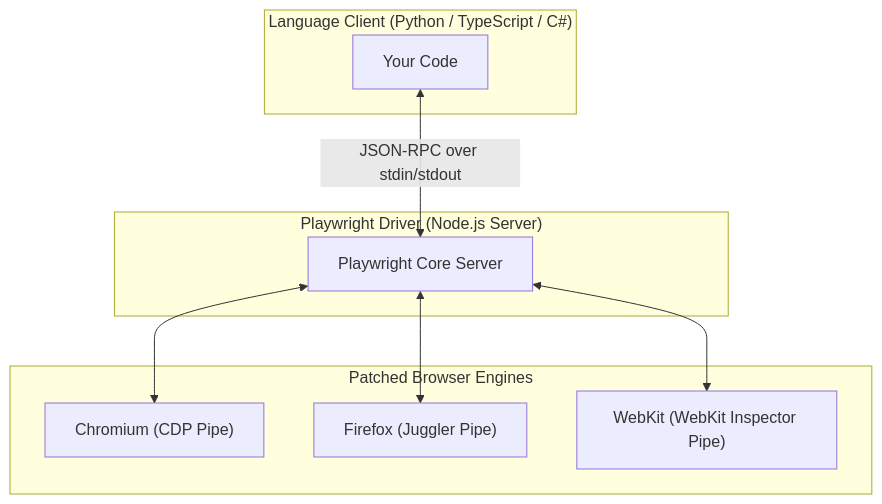
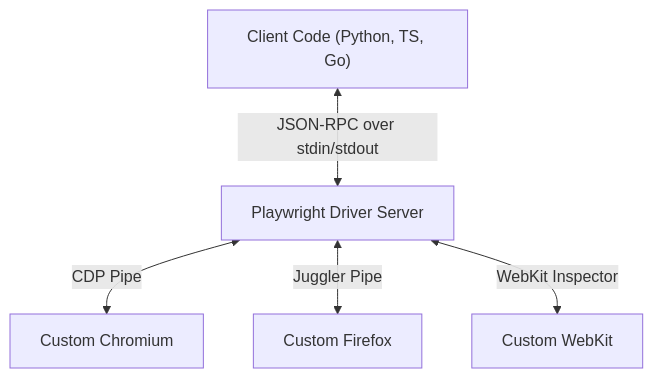
Before and after one commit to naimurhasan/naimurhasan.github.io: the fourth of 4 diagrams in _posts/2026-10-03-selenium-vs-puppeteer-vs-playwright.md, drawn with Mermaid. The commit also changed other lines of this file and 23 other files, not shown here.

````diff
--- a/_posts/2026-10-03-selenium-vs-puppeteer-vs-playwright.md
+++ b/_posts/2026-10-03-selenium-vs-puppeteer-vs-playwright.md
@@ -164,21 +96,7 @@
 ```mermaid
 flowchart TD
-  subgraph Client ["Language Client (Python / TypeScript / C#)"]
-    A["Your Code"]
-  end
-
-  subgraph Driver ["Playwright Driver (Node.js Server)"]
-    B["Playwright Core Server"]
-  end
-
-  subgraph Engine ["Patched Browser Engines"]
-    C1["Chromium (CDP Pipe)"]
-    C2["Firefox (Juggler Pipe)"]
-    C3["WebKit (WebKit Inspector Pipe)"]
-  end
-
-  A <--> |"JSON-RPC over stdin/stdout"| B
-  B <--> C1
-  B <--> C2
-  B <--> C3
+  Client["Client Code (Python, TS, Go)"] <-->|"JSON-RPC over stdin/stdout"| Server["Playwright Driver Server"]
+  Server <-->|"CDP Pipe"| Chromium["Custom Chromium"]
+  Server <-->|"Juggler Pipe"| Firefox["Custom Firefox"]
+  Server <-->|"WebKit Inspector"| WebKit["Custom WebKit"]
 ```
````
